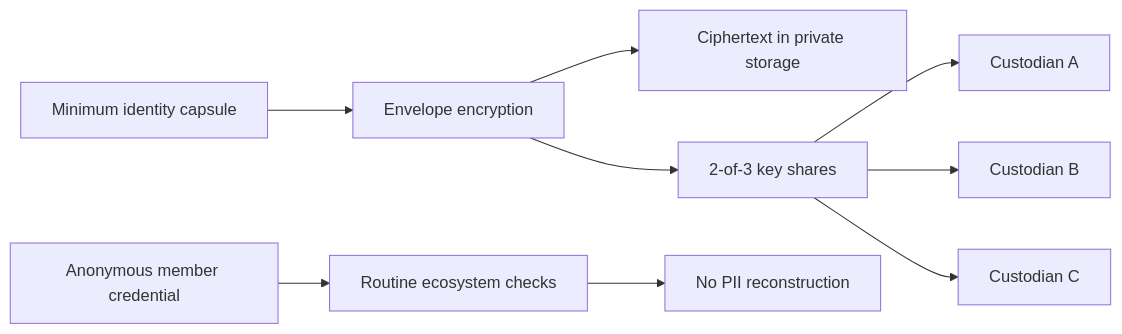
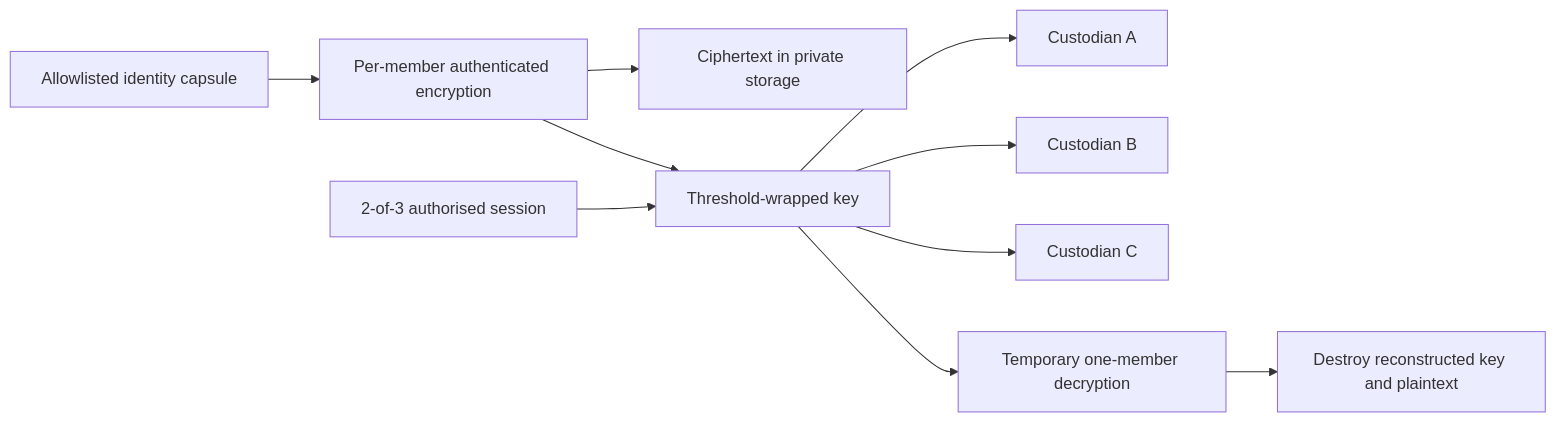
The third of 6 diagrams in README.md (AlexJupiter/tibetan-id), drawn with Mermaid before and after one commit. The commit also changed other lines of this file, not shown here.

````diff
--- a/README.md
+++ b/README.md
@@ -76,12 +154,13 @@
 ```mermaid
 flowchart LR
-    A[Minimum identity capsule] --> B[Envelope encryption]
+    A[Allowlisted identity capsule] --> B[Per-member authenticated encryption]
     B --> C[Ciphertext in private storage]
-    B --> D[2-of-3 key shares]
+    B --> D[Threshold-wrapped key]
     D --> E[Custodian A]
     D --> F[Custodian B]
     D --> G[Custodian C]
 
-    H[Anonymous member credential] --> I[Routine ecosystem checks]
-    I --> J[No PII reconstruction]
+    H[2-of-3 authorised session] --> D
+    D --> I[Temporary one-member decryption]
+    I --> J[Destroy reconstructed key and plaintext]
 ```
````
